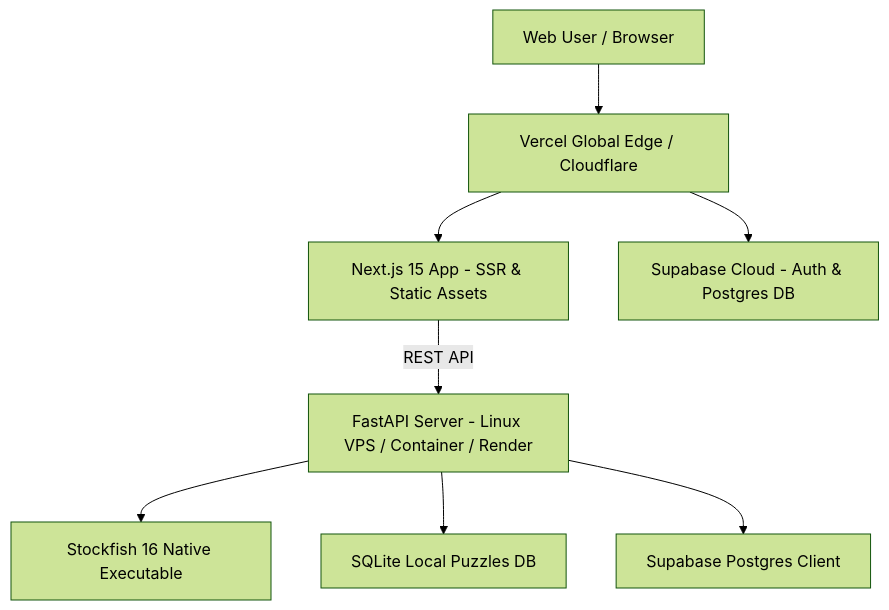
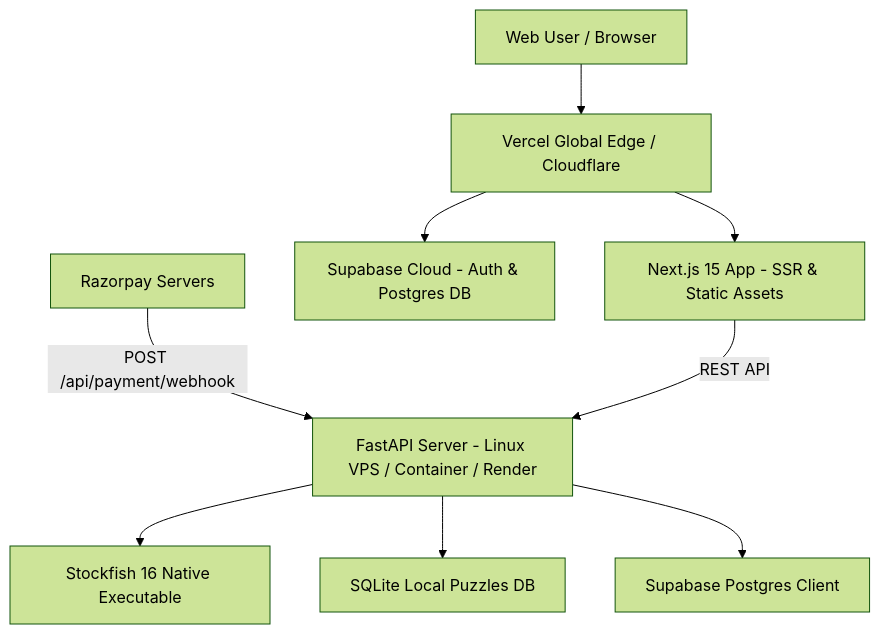
One commit to janhavi-28/chess-game changed the sixth of 6 diagrams in ARCHITECTURE.md. Above: the diagram before and after it, drawn with Mermaid (forest theme). The commit also changed other lines of this file and 30 other files, not shown here.

Commit message:
feat: add 18+ Roast Mode, dynamic safe hint arrows, Razorpay webhook, clean age gate & update docs

````diff
--- a/ARCHITECTURE.md
+++ b/ARCHITECTURE.md
@@ -221,10 +265,11 @@
 ```mermaid
 graph TD
     User[Web User / Browser] --> NextEdge[Vercel Global Edge / Cloudflare]
     NextEdge --> FrontendApp[Next.js 15 App - SSR & Static Assets]
     NextEdge --> SupabaseAuth[Supabase Cloud - Auth & Postgres DB]
+    RazorpayWebhook[Razorpay Servers] -->|POST /api/payment/webhook| BackendServer
     FrontendApp -->|REST API| BackendServer[FastAPI Server - Linux VPS / Container / Render]
     BackendServer --> StockfishBin[Stockfish 16 Native Executable]
     BackendServer --> SQLitePuzzles[SQLite Local Puzzles DB]
     BackendServer --> SupabaseDB[Supabase Postgres Client]
 ```
````
